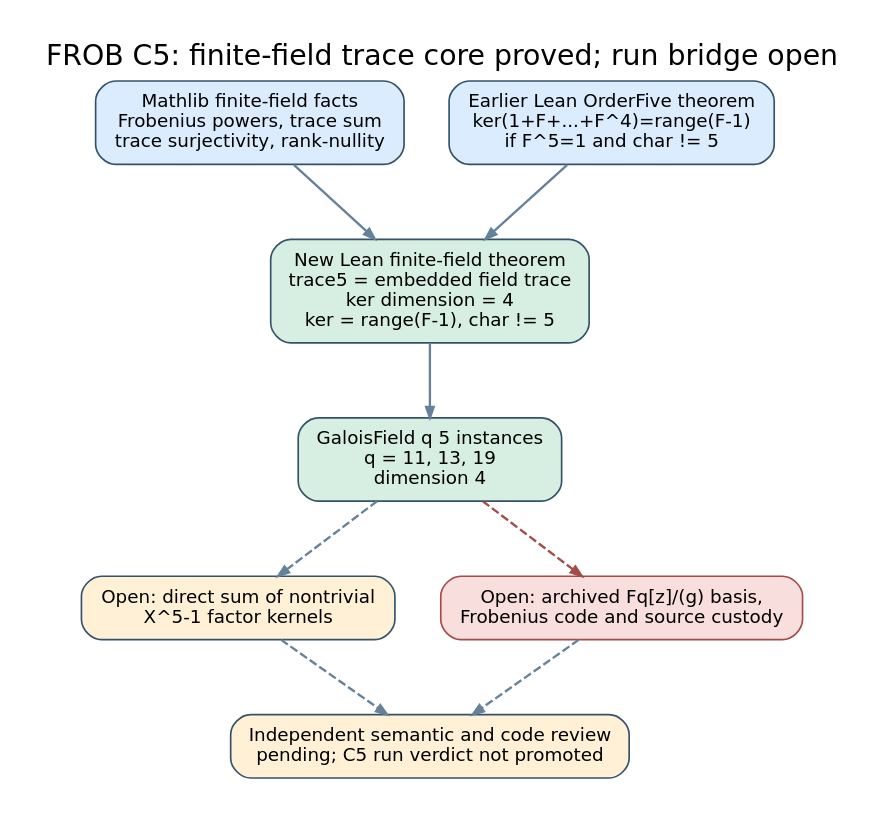
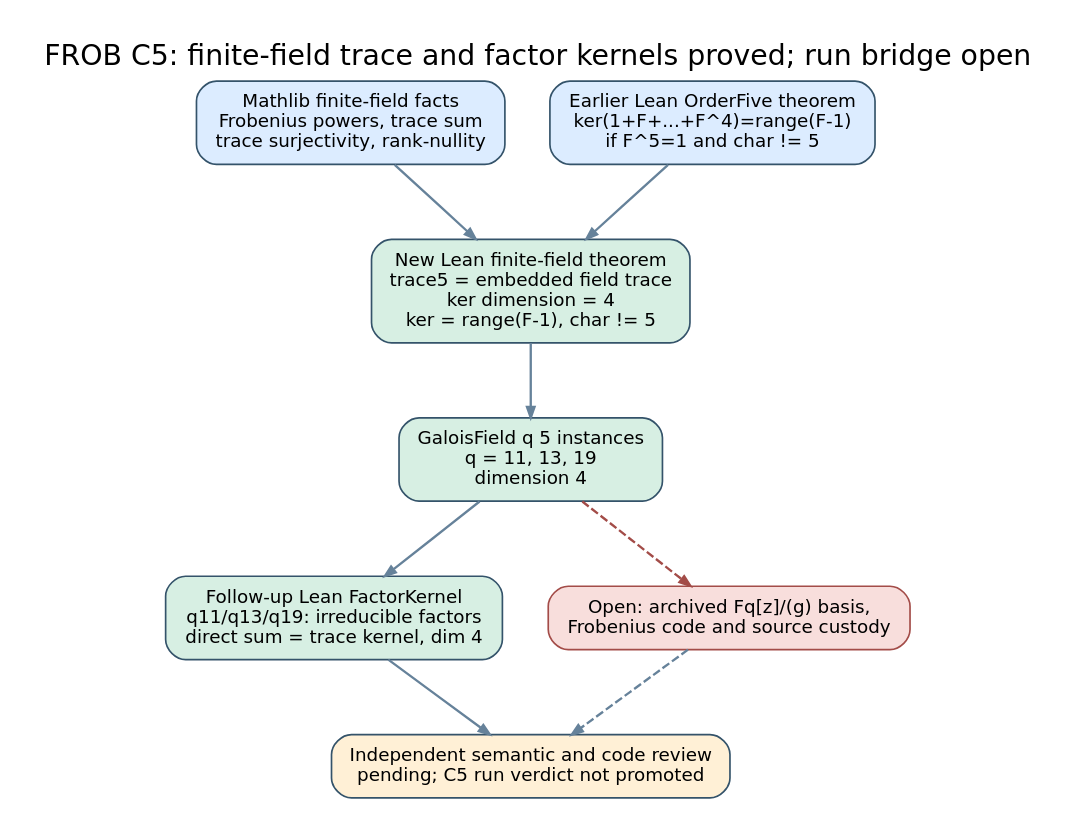
Before and after one commit to aburan28/crypto-autoresearcher: the diagram in docs/reports/2026-10-22-frob-c5-finite-field-trace/proof.dot, drawn with Graphviz. The commit also changed 20 other files, not shown here.

Commit message:
Record FROB C5 factor proof receipts and matrix replay

```diff
--- a/docs/reports/2026-10-22-frob-c5-finite-field-trace/proof.dot
+++ b/docs/reports/2026-10-22-frob-c5-finite-field-trace/proof.dot
@@ -1,20 +1,21 @@
 digraph frob_c5 {
-  graph [rankdir=TB, bgcolor="white", pad="0.2", nodesep="0.38", ranksep="0.62", fontname="DejaVu Sans", fontsize=17, label="FROB C5: finite-field trace core proved; run bridge open", labelloc=t];
+  graph [rankdir=TB, bgcolor="white", pad="0.2", nodesep="0.38", ranksep="0.62", fontname="DejaVu Sans", fontsize=17, label="FROB C5: finite-field trace and factor kernels proved; run bridge open", labelloc=t];
   node [shape=box, style="rounded,filled", color="#34536a", fillcolor="#e6f1fa", fontname="DejaVu Sans", fontsize=11, margin="0.15,0.1"];
   edge [color="#66829a", penwidth=1.4, arrowsize=0.65];
 
   mathlib [label="Mathlib finite-field facts\nFrobenius powers, trace sum\ntrace surjectivity, rank-nullity", fillcolor="#dcecff"];
   orderfive [label="Earlier Lean OrderFive theorem\nker(1+F+...+F^4)=range(F-1)\nif F^5=1 and char != 5", fillcolor="#dcecff"];
   new [label="New Lean finite-field theorem\ntrace5 = embedded field trace\nker dimension = 4\nker = range(F-1), char != 5", fillcolor="#d7efe3"];
   cells [label="GaloisField q 5 instances\nq = 11, 13, 19\ndimension 4", fillcolor="#d7efe3"];
-  factors [label="Open: direct sum of nontrivial\nX^5-1 factor kernels", fillcolor="#fff0d6"];
+  factors [label="Follow-up Lean FactorKernel\nq11/q13/q19: irreducible factors\ndirect sum = trace kernel, dim 4", fillcolor="#d7efe3"];
   model [label="Open: archived Fq[z]/(g) basis,\nFrobenius code and source custody", fillcolor="#f8dedc", color="#a34c48"];
   review [label="Independent semantic and code review\npending; C5 run verdict not promoted", fillcolor="#fff0d6"];
 
   mathlib -> new;
   orderfive -> new;
   new -> cells;
-  cells -> factors [style=dashed];
+  cells -> factors;
   cells -> model [style=dashed, color="#a34c48"];
-  {factors model} -> review [style=dashed];
+  factors -> review;
+  model -> review [style=dashed];
 }
```
